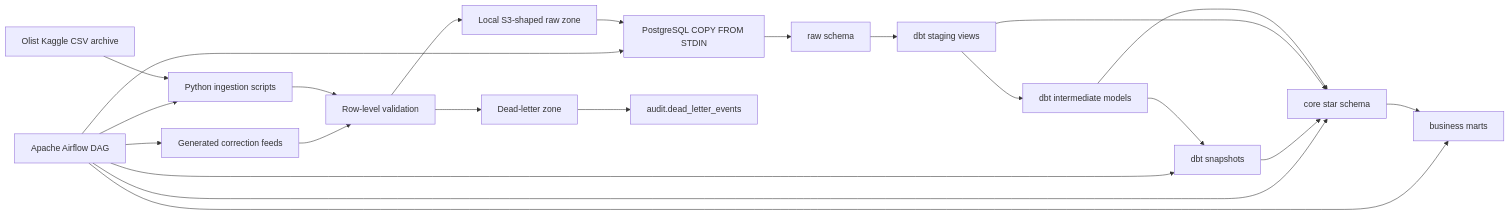
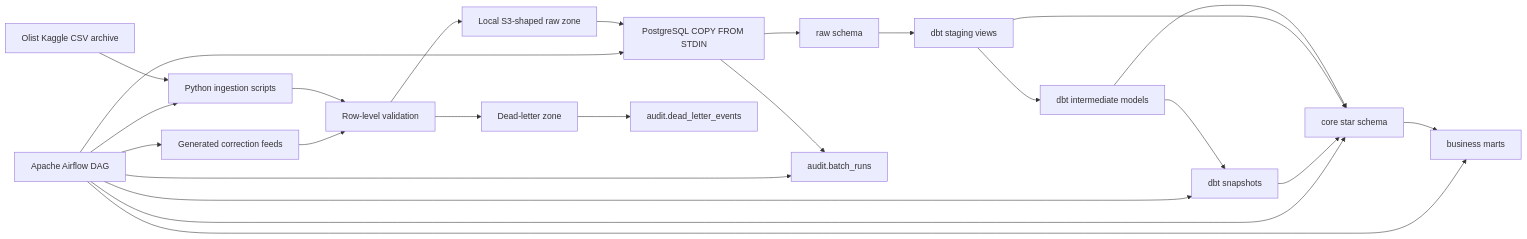
One commit to eugenekarpov/olist-analytics-engineering-pipeline changed the first of 6 diagrams in docs/diagrams.md. Above: the diagram before and after it, drawn with Mermaid. The commit also changed other lines of this file and 14 other files, not shown here.

````diff
--- a/docs/diagrams.md
+++ b/docs/diagrams.md
@@ -5,41 +5,44 @@
 ```mermaid
 flowchart LR
     source["Olist Kaggle CSV archive"]
     corrections["Generated correction feeds"]
     ingestion["Python ingestion scripts"]
     validation["Row-level validation"]
     rawzone["Local S3-shaped raw zone"]
     dlq["Dead-letter zone"]
     copy["PostgreSQL COPY FROM STDIN"]
     raw["raw schema"]
+    batchcontrol["audit.batch_runs"]
     audit["audit.dead_letter_events"]
     staging["dbt staging views"]
     intermediate["dbt intermediate models"]
     snapshots["dbt snapshots"]
     core["core star schema"]
     marts["business marts"]
     airflow["Apache Airflow DAG"]
 
     airflow --> ingestion
     airflow --> corrections
     airflow --> copy
+    airflow --> batchcontrol
     airflow --> snapshots
     airflow --> core
     airflow --> marts
 
     source --> ingestion
     corrections --> validation
     ingestion --> validation
     validation --> rawzone
     validation --> dlq
     dlq --> audit
     rawzone --> copy
     copy --> raw
+    copy --> batchcontrol
     raw --> staging
     staging --> intermediate
     intermediate --> snapshots
     snapshots --> core
     staging --> core
     intermediate --> core
     core --> marts
 ```
````
